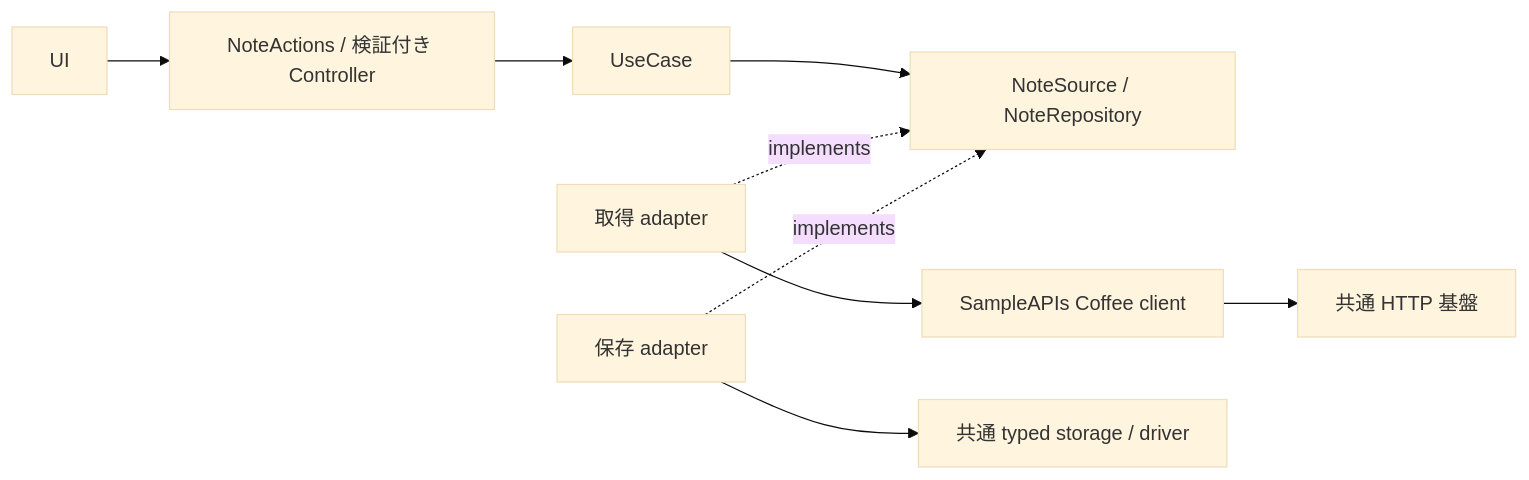
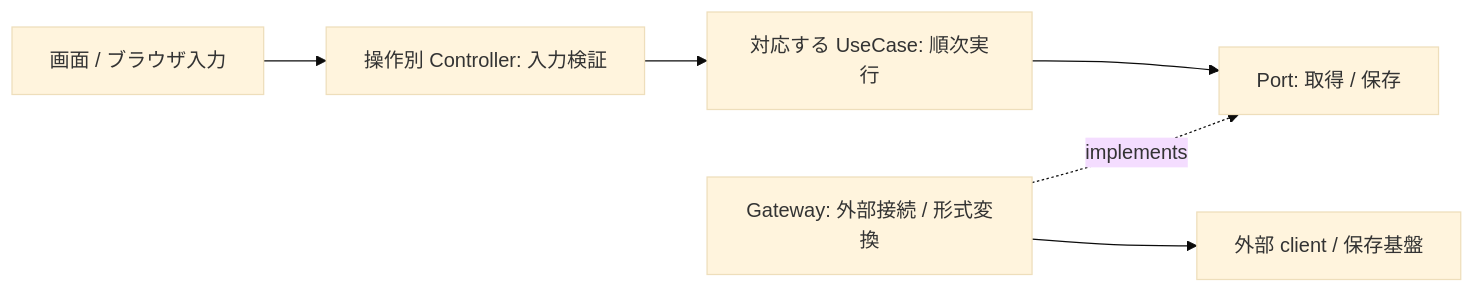
Before and after one commit to l-freeze/chrome-ext-base: the diagram in docs/architecture.md, drawn with Mermaid (base theme). The commit also changed other lines of this file and 3 other files, not shown here.

````diff
--- a/docs/architecture.md
+++ b/docs/architecture.md
@@ -93,11 +79,8 @@
 ```mermaid
 flowchart LR
-  UI[UI] --> Inbound[NoteActions / 検証付き Controller]
-  Inbound --> UC[UseCase]
-  UC --> Ports[NoteSource / NoteRepository]
-  Sources[取得 adapter] -. implements .-> Ports
-  Persistence[保存 adapter] -. implements .-> Ports
-  Sources --> Client[SampleAPIs Coffee client]
-  Client --> HTTP[共通 HTTP 基盤]
-  Persistence --> Storage[共通 typed storage / driver]
+  UI[画面 / ブラウザ入力] --> C[操作別 Controller: 入力検証]
+  C --> U[対応する UseCase: 順次実行]
+  U --> P[Port: 取得 / 保存]
+  G[Gateway: 外部接続 / 形式変換] -. implements .-> P
+  G --> E[外部 client / 保存基盤]
 ```
````
